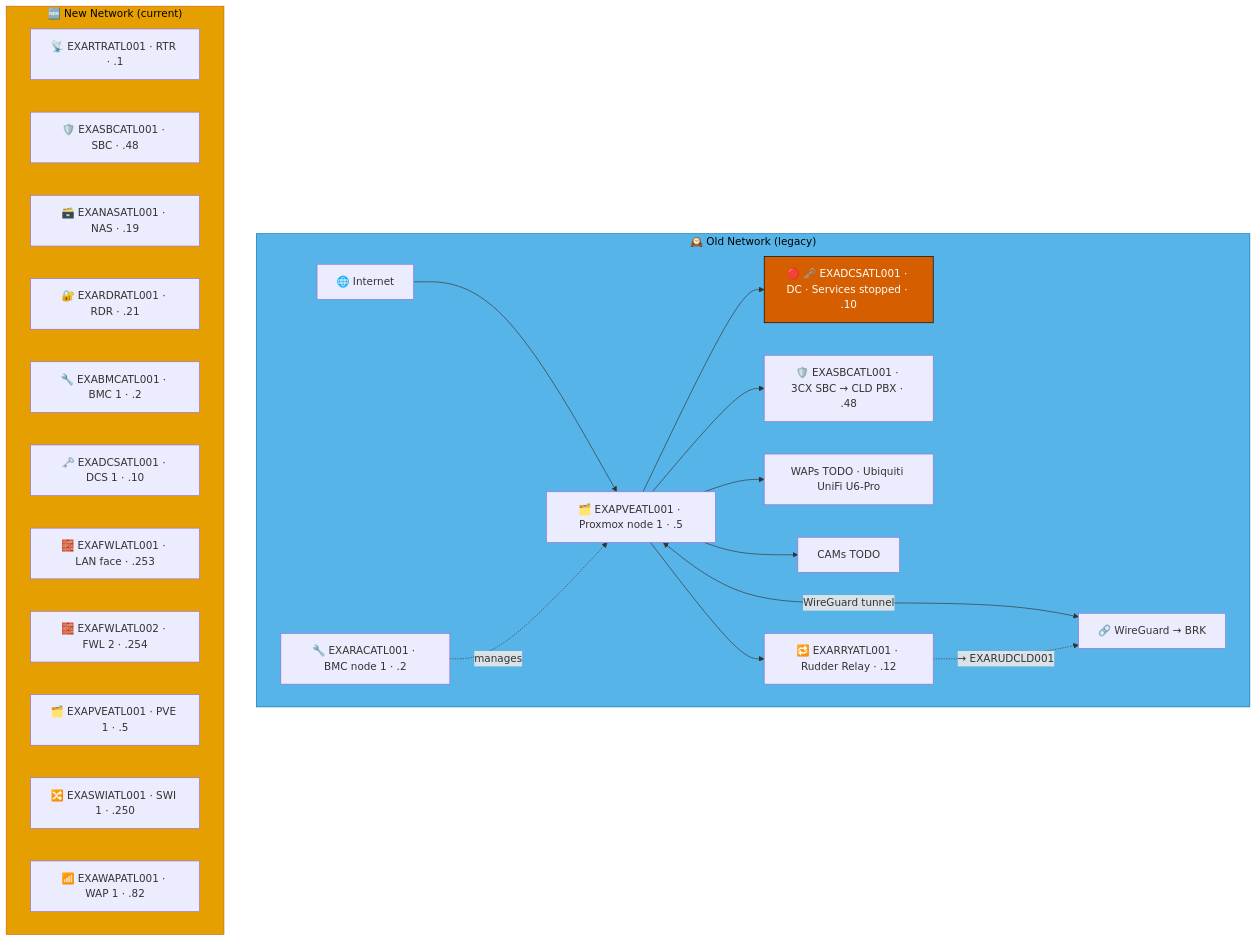
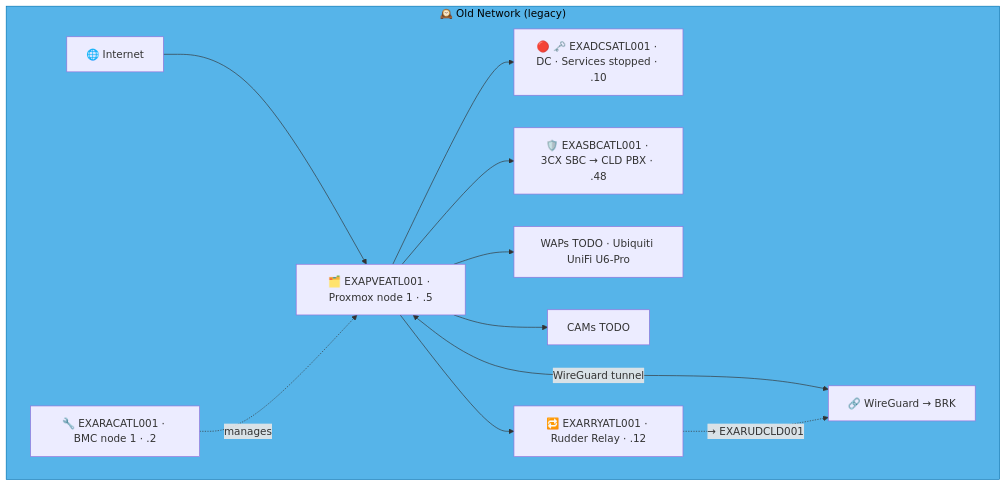
Before and after one commit to knightmare2600/example_music_infra: the ninth of 16 diagrams in docs/network-diagram/united-states.md, drawn with Mermaid. The commit also changed other lines of this file and 35 other files, not shown here.

````diff
--- a/docs/network-diagram/united-states.md
+++ b/docs/network-diagram/united-states.md
@@ -249,41 +352,23 @@
 ```mermaid
 graph TD
     subgraph OLD_ATL ["🕰️ Old Network (legacy)"]
       INET["🌐 Internet"]
       RAC["🔧 EXARACATL001 · BMC node 1 · .2"]
       PVE["🗂️ EXAPVEATL001 · Proxmox node 1 · .5"]
       DC["🔴 🗝️ EXADCSATL001 · DC · Services stopped · .10"]
       SBC["🛡️ EXASBCATL001 · 3CX SBC → CLD PBX · .48"]
       RRY["🔁 EXARRYATL001 · Rudder Relay · .12"]
       WAP["WAPs TODO · Ubiquiti UniFi U6-Pro"]
       CAM["CAMs TODO"]
       VPN["🔗 WireGuard → BRK"]
 
       INET --> PVE --> DC & SBC
       RAC -.->|"manages"| PVE
       PVE --> WAP & CAM
       PVE <-->|"WireGuard tunnel"| VPN
 
       PVE --> RRY
       RRY -. "→ EXARUDCLD001" .-> VPN
     end
     style OLD_ATL fill:#56B4E9,stroke:#0072B2,color:#000000
-    %% GENERATED:NEW-NETWORK:ATL:START
-    subgraph NEW_ATL ["🆕 New Network (current)"]
-      N_RTR["📡 EXARTRATL001 · RTR · .1"]
-      N_SBC["🛡️ EXASBCATL001 · SBC · .48"]
-      N_NAS["🗃️ EXANASATL001 · NAS · .19"]
-      N_RDR["🔐 EXARDRATL001 · RDR · .21"]
-      N_BMC["🔧 EXABMCATL001 · BMC 1 · .2"]
-      N_DCS["🗝️ EXADCSATL001 · DCS 1 · .10"]
-      N_FWL["🧱 EXAFWLATL001 · LAN face · .253"]
-      N_FWL2["🧱 EXAFWLATL002 · FWL 2 · .254"]
-      N_PVE["🗂️ EXAPVEATL001 · PVE 1 · .5"]
-      N_SWI["🔀 EXASWIATL001 · SWI 1 · .250"]
-      N_WAP["📶 EXAWAPATL001 · WAP 1 · .82"]
-    end
-    style NEW_ATL fill:#E69F00,stroke:#D55E00,color:#000000
-    %% GENERATED:NEW-NETWORK:ATL:END
-    classDef warn fill:#D55E00,stroke:#000000,color:#ffffff
-    class DC warn
 ```
````
